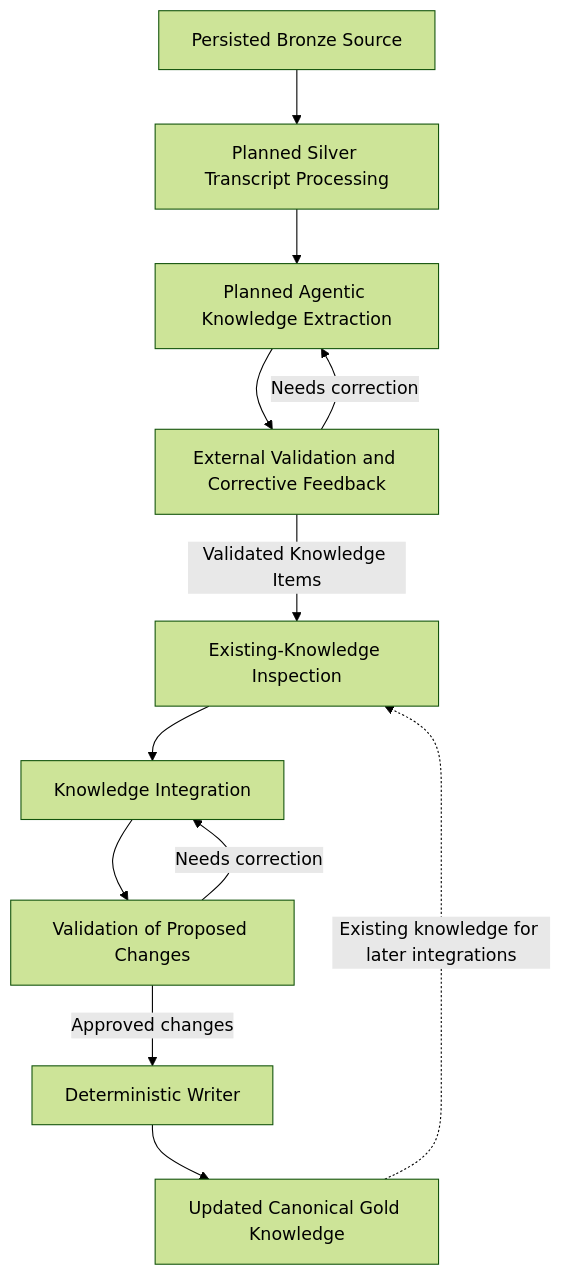
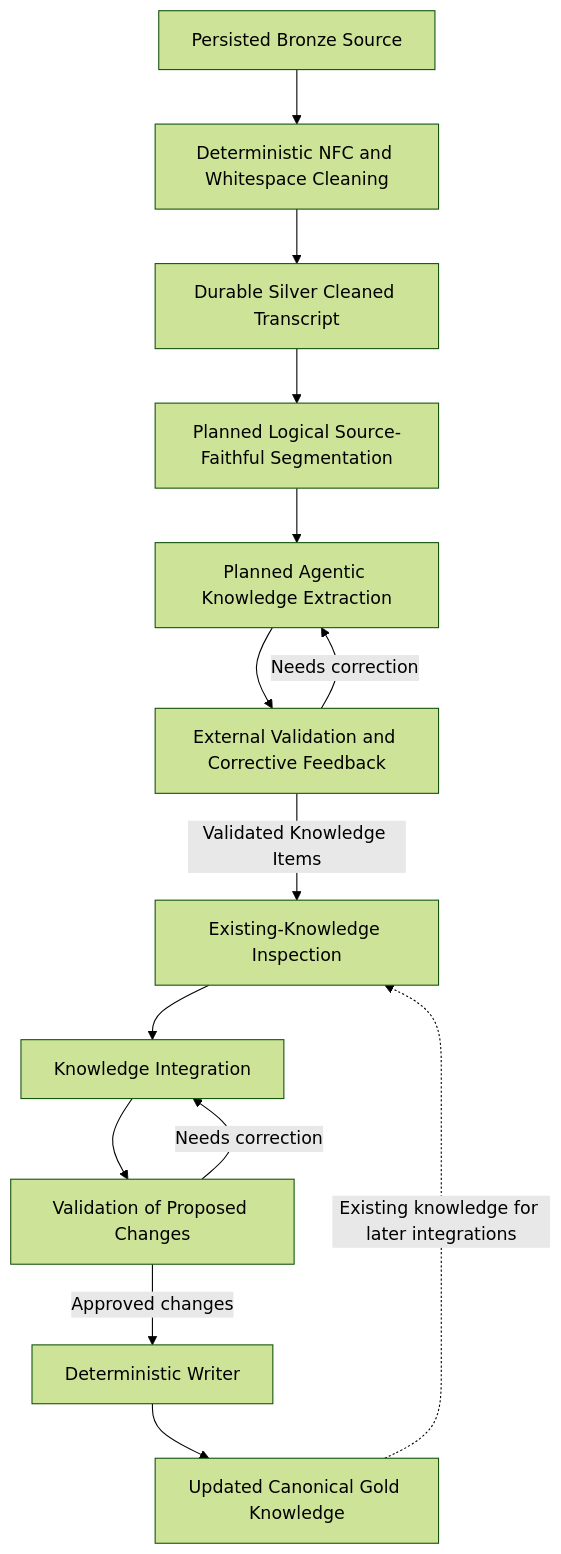
One commit to alexander-rewitzer/league-knowledge-platform changed the second of 4 diagrams in docs/architecture.md. Above: the diagram before and after it, drawn with Mermaid (forest theme). The commit also changed other lines of this file and 10 other files, not shown here.

Commit message:
Add source-faithful Silver transcript cleaning

````diff
--- a/docs/architecture.md
+++ b/docs/architecture.md
@@ -64,14 +68,16 @@
 ```mermaid
 flowchart TD
-    S["Persisted Bronze Source"] --> B["Planned Silver Transcript Processing"]
-    B --> E["Planned Agentic Knowledge Extraction"]
+    S["Persisted Bronze Source"] --> B["Deterministic NFC and Whitespace Cleaning"]
+    B --> SC["Durable Silver Cleaned Transcript"]
+    SC --> LS["Planned Logical Source-Faithful Segmentation"]
+    LS --> E["Planned Agentic Knowledge Extraction"]
     E --> V["External Validation and Corrective Feedback"]
     V -- "Needs correction" --> E
     V -- "Validated Knowledge Items" --> K["Existing-Knowledge Inspection"]
     K --> I["Knowledge Integration"]
     I --> A["Validation of Proposed Changes"]
     A -- "Needs correction" --> I
     A -- "Approved changes" --> W["Deterministic Writer"]
     W --> G["Updated Canonical Gold Knowledge"]
     G -. "Existing knowledge for later integrations" .-> K
 ```
````
